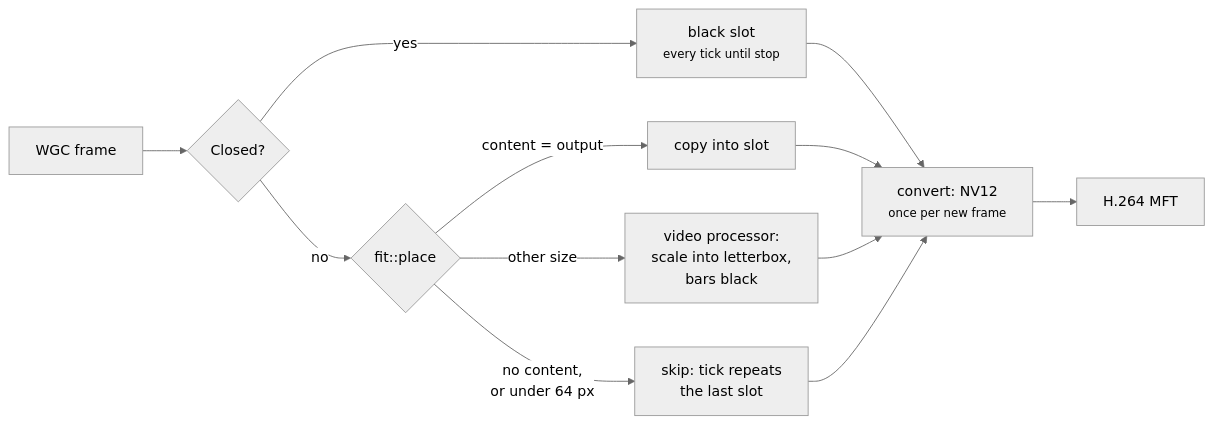
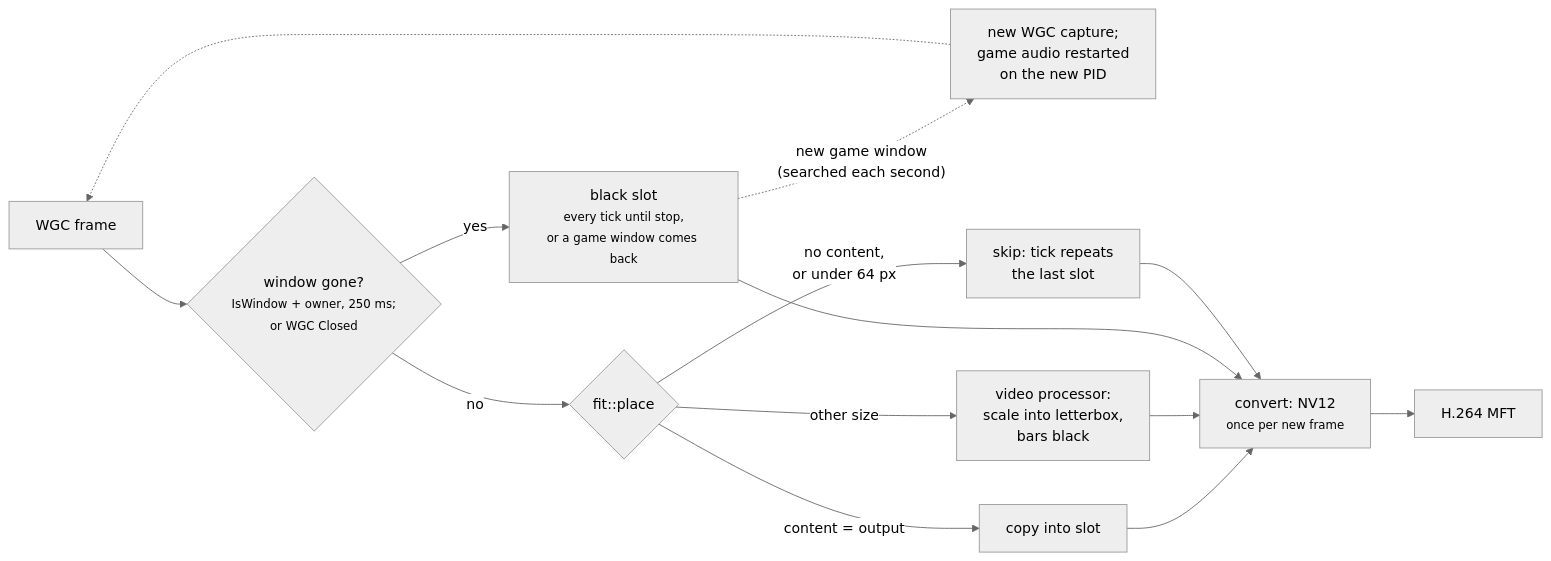
One commit to NinjaGoldfinch/ninja-recorder changed the fifth of 10 diagrams in docs/architecture.md. Above: the diagram before and after it, drawn with Mermaid (neutral theme). The commit also changed other lines of this file and 8 other files, not shown here.

````diff
--- a/docs/architecture.md
+++ b/docs/architecture.md
@@ -283,14 +293,16 @@
 ```mermaid
 flowchart LR
-    F["WGC frame"] --> C{"Closed?"}
-    C -->|yes| B["black slot<br/><small>every tick until stop</small>"]
+    F["WGC frame"] --> C{"window gone?<br/><small>IsWindow + owner, 250 ms;<br/>or WGC Closed</small>"}
+    C -->|yes| B["black slot<br/><small>every tick until stop,<br/>or a game window comes back</small>"]
+    B -.->|"new game window<br/>(searched each second)"| R["new WGC capture;<br/>game audio restarted<br/>on the new PID"]
+    R -.-> F
     C -->|no| P{"fit::place"}
     P -->|"content = output"| CP["copy into slot"]
     P -->|"other size"| VP["video processor:<br/>scale into letterbox,<br/>bars black"]
     P -->|"no content,<br/>or under 64 px"| SK["skip: tick repeats<br/>the last slot"]
     CP --> W["convert: NV12<br/><small>once per new frame</small>"]
     VP --> W
     B --> W
     SK --> W
     W --> E["H.264 MFT"]
 ```
````
